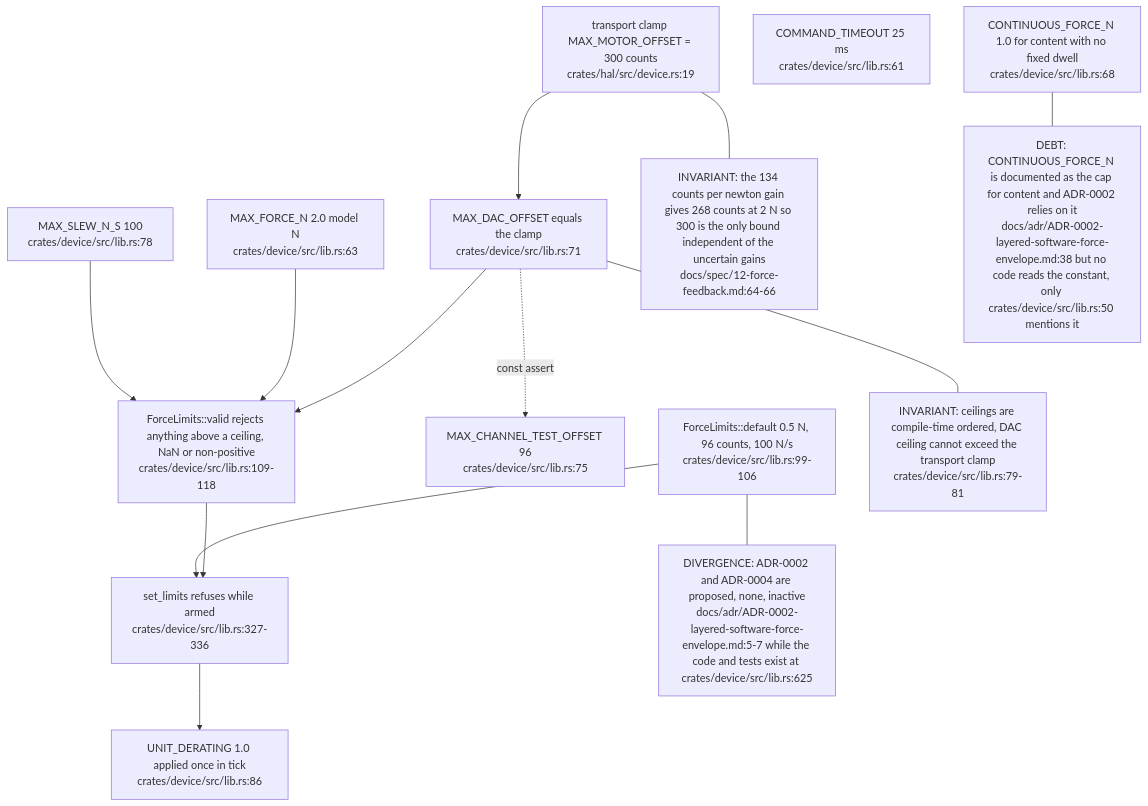
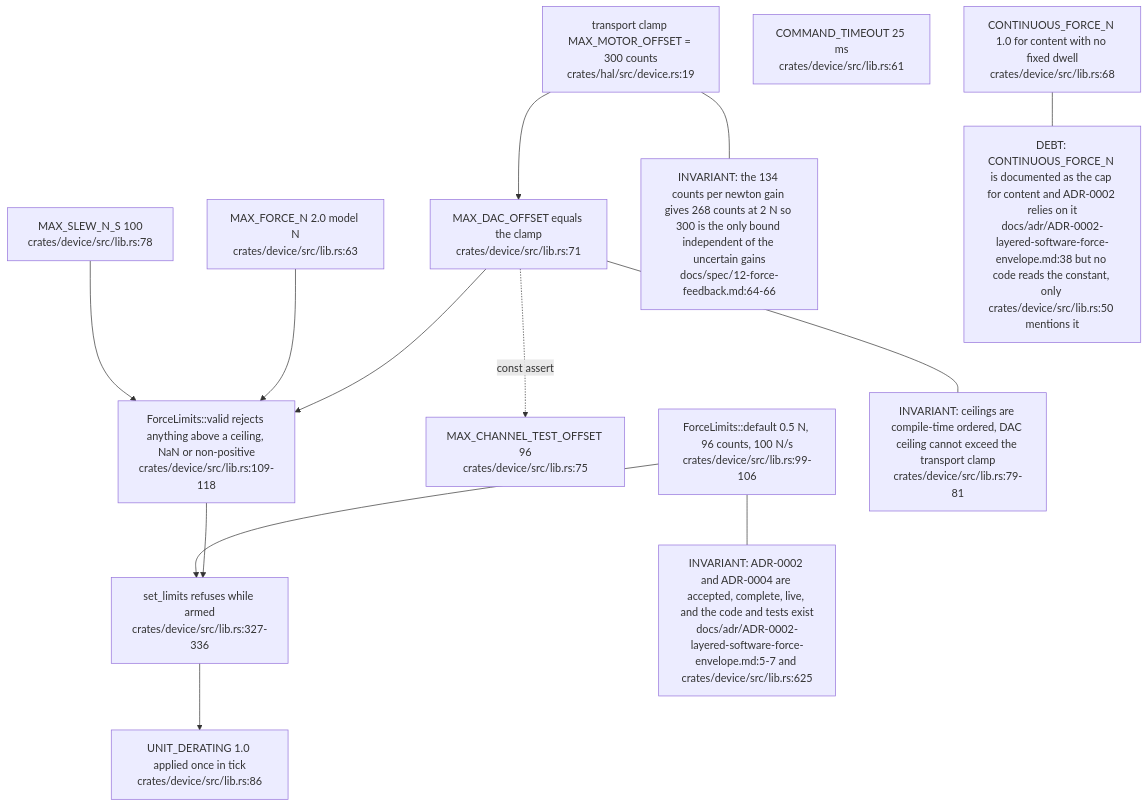
One commit to DreamLab-AI/VisionFlow changed the first of 5 diagrams in docs/diagrams/visiontouch-rs/03-device-sdk-and-force-guard.md. Above: the diagram before and after it, drawn with Mermaid. The commit also changed other lines of this file and 9 other files, not shown here.

Commit message:
docs(diagrams): re-stamp VT-01 to VT-08 at visiontouch-rs 77898bc

````diff
--- a/docs/diagrams/visiontouch-rs/03-device-sdk-and-force-guard.md
+++ b/docs/diagrams/visiontouch-rs/03-device-sdk-and-force-guard.md
@@ -29,30 +29,30 @@
 ```mermaid
 flowchart TB
     HAL["transport clamp MAX_MOTOR_OFFSET = 300 counts<br/>crates/hal/src/device.rs:19"]
     DACMAX["MAX_DAC_OFFSET equals the clamp<br/>crates/device/src/lib.rs:71"]
     FMAX["MAX_FORCE_N 2.0 model N<br/>crates/device/src/lib.rs:63"]
     SLEW["MAX_SLEW_N_S 100<br/>crates/device/src/lib.rs:78"]
     TO["COMMAND_TIMEOUT 25 ms<br/>crates/device/src/lib.rs:61"]
     DEF["ForceLimits::default 0.5 N, 96 counts, 100 N/s<br/>crates/device/src/lib.rs:99-106"]
     CONT["CONTINUOUS_FORCE_N 1.0 for content with no fixed dwell<br/>crates/device/src/lib.rs:68"]
     CH["MAX_CHANNEL_TEST_OFFSET 96<br/>crates/device/src/lib.rs:75"]
     VAL["ForceLimits::valid rejects anything above a ceiling, NaN or non-positive<br/>crates/device/src/lib.rs:109-118"]
     SET["set_limits refuses while armed<br/>crates/device/src/lib.rs:327-336"]
     DER["UNIT_DERATING 1.0 applied once in tick<br/>crates/device/src/lib.rs:86"]
     HAL --> DACMAX
     DACMAX --> VAL
     FMAX --> VAL
     SLEW --> VAL
     VAL --> SET
     DEF --> SET
     DACMAX -. "const assert" .-> CH
     SET --> DER
     N1["INVARIANT: ceilings are compile-time ordered, DAC ceiling cannot exceed the transport clamp<br/>crates/device/src/lib.rs:79-81"]
     N2["INVARIANT: the 134 counts per newton gain gives 268 counts at 2 N so 300 is the only bound independent of the uncertain gains<br/>docs/spec/12-force-feedback.md:64-66"]
     N3["DEBT: CONTINUOUS_FORCE_N is documented as the cap for content and ADR-0002 relies on it<br/>docs/adr/ADR-0002-layered-software-force-envelope.md:38 but no code reads the constant, only crates/device/src/lib.rs:50 mentions it"]
-    N4["DIVERGENCE: ADR-0002 and ADR-0004 are proposed, none, inactive<br/>docs/adr/ADR-0002-layered-software-force-envelope.md:5-7 while the code and tests exist at crates/device/src/lib.rs:625"]
+    N4["INVARIANT: ADR-0002 and ADR-0004 are accepted, complete, live, and the code and tests exist<br/>docs/adr/ADR-0002-layered-software-force-envelope.md:5-7 and crates/device/src/lib.rs:625"]
     CONT --- N3
     DACMAX --- N1
     HAL --- N2
     DEF --- N4
 ```
````
